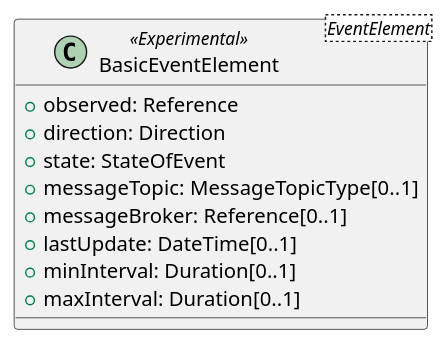
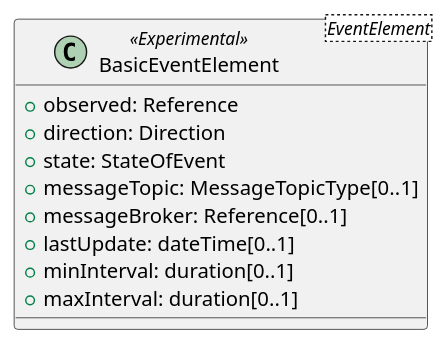
One commit to admin-shell-io/aas-specs changed the diagram in documentation/IDTA-01001/modules/ROOT/partials/diagrams/classes/basic-event-element.puml. Above: the diagram before and after it, drawn with PlantUML.

Commit message:
fix primitive types: start with small letters

```diff
--- a/documentation/IDTA-01001/modules/ROOT/partials/diagrams/classes/basic-event-element.puml
+++ b/documentation/IDTA-01001/modules/ROOT/partials/diagrams/classes/basic-event-element.puml
@@ -1,12 +1,12 @@
 @startuml
 class BasicEventElement<EventElement> <<Experimental>> {
   +observed: Reference
   +direction: Direction
   +state: StateOfEvent
   +messageTopic: MessageTopicType[0..1]
   +messageBroker: Reference[0..1]
-  +lastUpdate: DateTime[0..1]
-  +minInterval: Duration[0..1]
-  +maxInterval: Duration[0..1]
+  +lastUpdate: dateTime[0..1]
+  +minInterval: duration[0..1]
+  +maxInterval: duration[0..1]
 }
 @enduml
```
